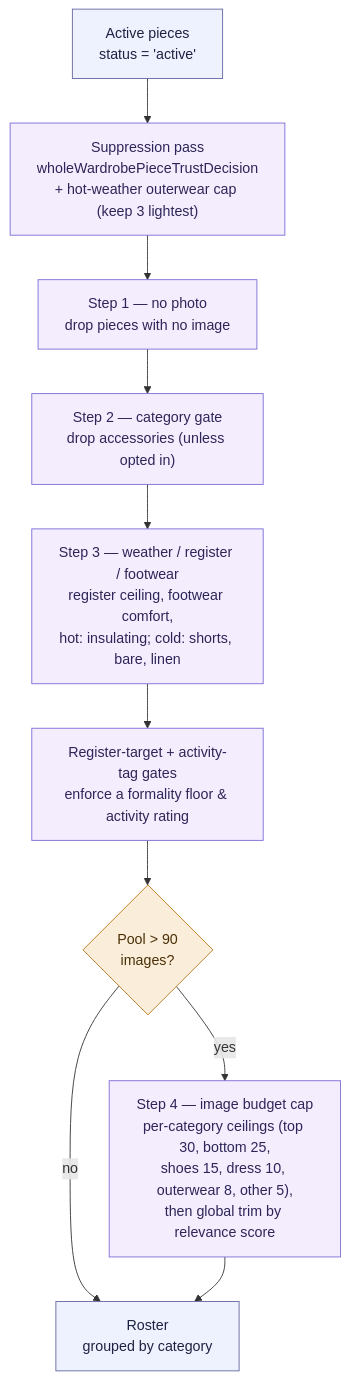
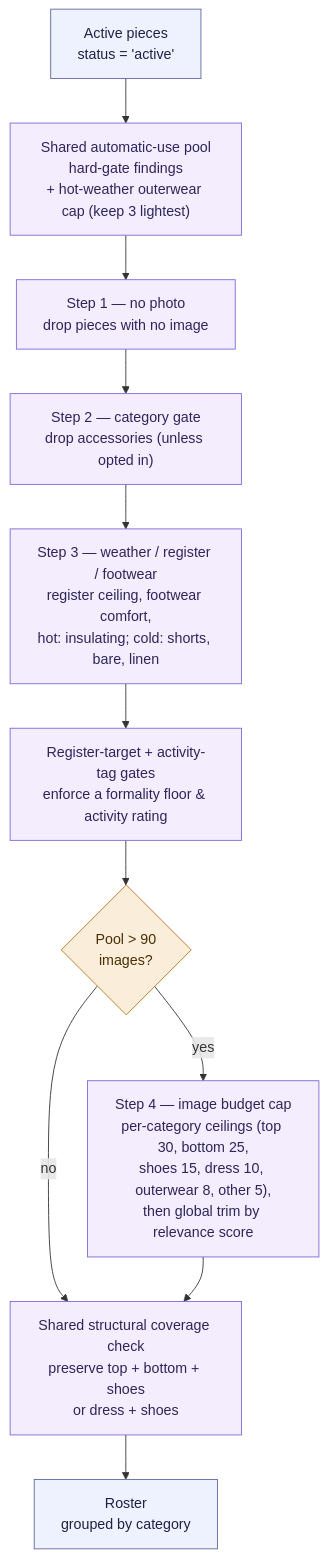
Before and after one commit to yunap/closet: the third of 4 diagrams in docs/flows/use-my-wardrobe.md, drawn with Mermaid. The commit also changed other lines of this file and 71 other files, not shown here.

First line of the commit message:
Consolidate closet architecture ownership (#254)

````diff
--- a/docs/flows/use-my-wardrobe.md
+++ b/docs/flows/use-my-wardrobe.md
@@ -96,18 +113,19 @@
 ```mermaid
 flowchart TD
-    P["Active pieces<br/>status = 'active'"] --> S["Suppression pass<br/>wholeWardrobePieceTrustDecision<br/>+ hot-weather outerwear cap (keep 3 lightest)"]
+    P["Active pieces<br/>status = 'active'"] --> S["Shared automatic-use pool<br/>hard-gate findings<br/>+ hot-weather outerwear cap (keep 3 lightest)"]
     S --> S1["Step 1 — no photo<br/>drop pieces with no image"]
     S1 --> S2["Step 2 — category gate<br/>drop accessories (unless opted in)"]
     S2 --> S3["Step 3 — weather / register / footwear<br/>register ceiling, footwear comfort,<br/>hot: insulating; cold: shorts, bare, linen"]
     S3 --> S4["Register-target + activity-tag gates<br/>enforce a formality floor & activity rating"]
     S4 --> CAP{"Pool > 90<br/>images?"}
-    CAP -->|no| R["Roster<br/>grouped by category"]
-    CAP -->|yes| CAT["Step 4 — image budget cap<br/>per-category ceilings (top 30, bottom 25,<br/>shoes 15, dress 10, outerwear 8, other 5),<br/>then global trim by relevance score"] --> R
+    CAP -->|no| COVER["Shared structural coverage check<br/>preserve top + bottom + shoes<br/>or dress + shoes"]
+    CAP -->|yes| CAT["Step 4 — image budget cap<br/>per-category ceilings (top 30, bottom 25,<br/>shoes 15, dress 10, outerwear 8, other 5),<br/>then global trim by relevance score"] --> COVER
+    COVER --> R["Roster<br/>grouped by category"]
 
     classDef rules fill:#f3edfe,stroke:#7c6bd6,color:#2f2557;
     classDef check fill:#faeeda,stroke:#ba7517,color:#4a2f06;
     classDef app fill:#eef2ff,stroke:#6366a0,color:#1e2140;
     class P,R app;
-    class S,S1,S2,S3,S4,CAT rules;
+    class S,S1,S2,S3,S4,CAT,COVER rules;
     class CAP check;
 ```
````
